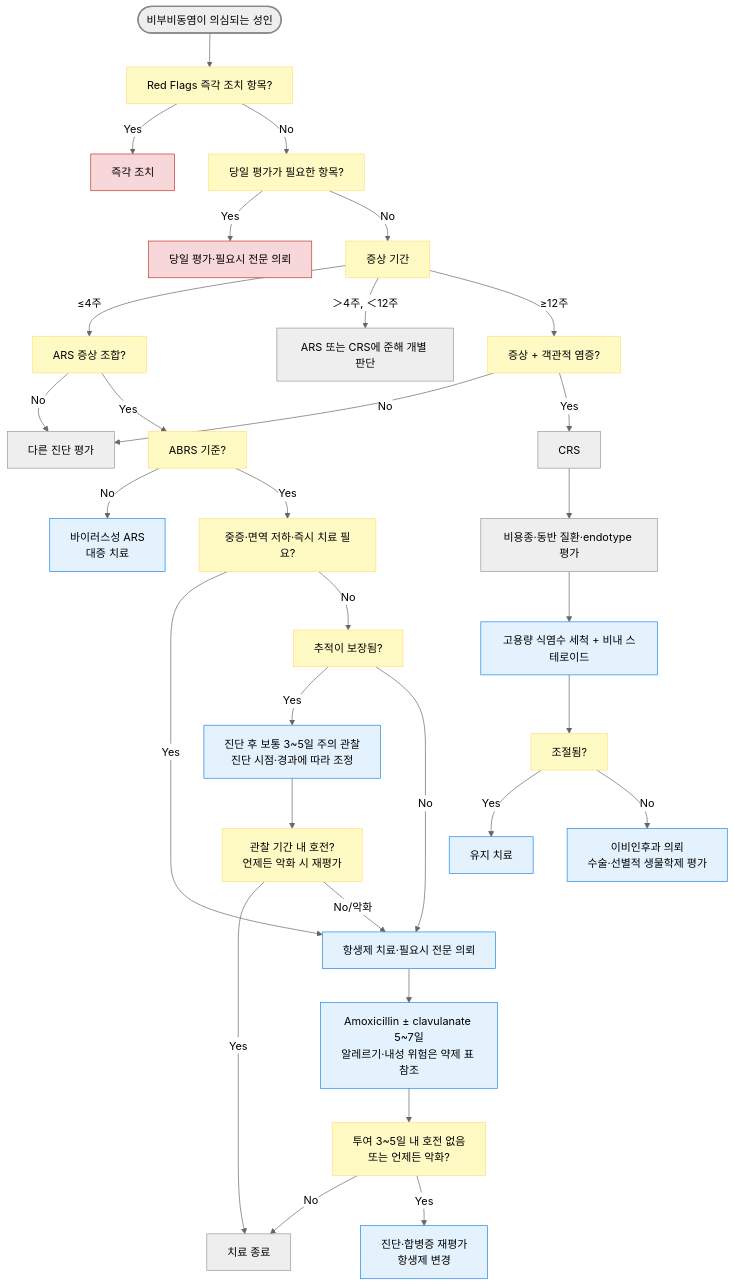
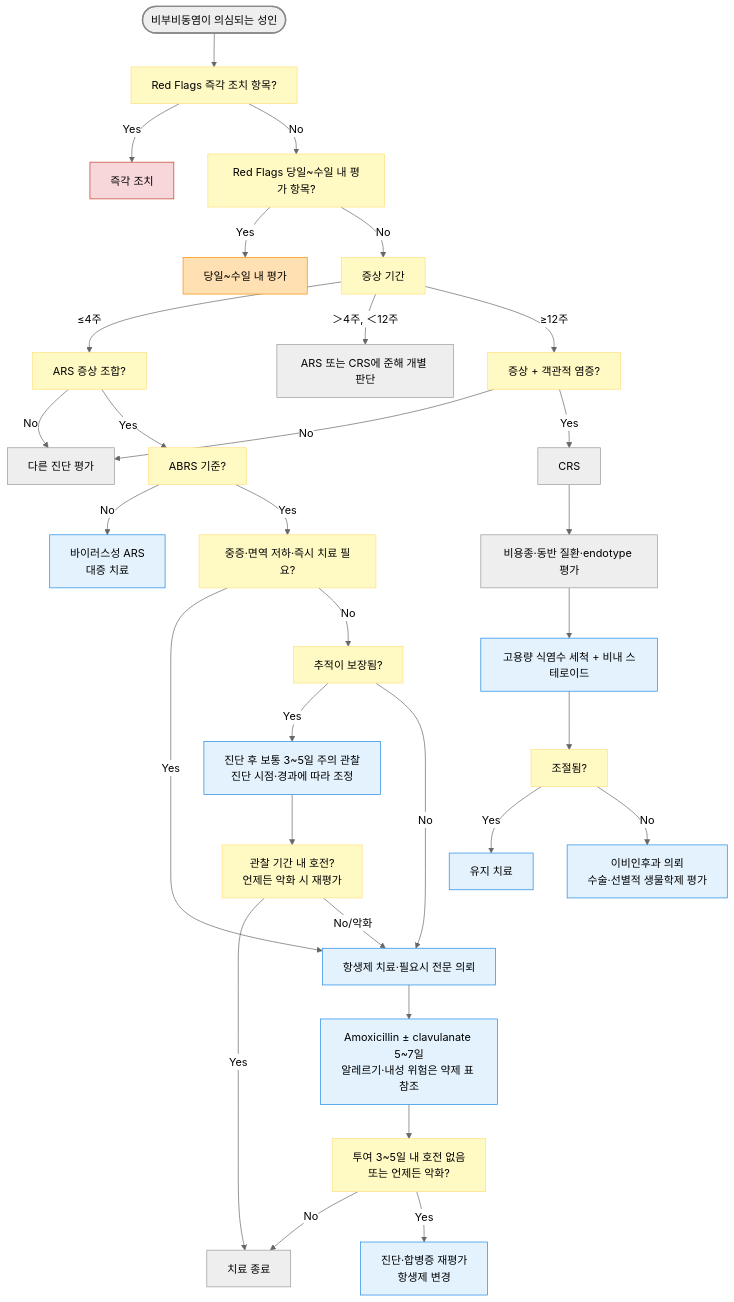
One commit to familyoh77/familyoh77 changed the diagram in 222_/053_-rhinosinusitis-sinusitis.md. Above: the diagram before and after it, drawn with Mermaid (neutral theme). The commit also changed other lines of this file and 2 other files, not shown here.

````diff
--- a/222_/053_-rhinosinusitis-sinusitis.md
+++ b/222_/053_-rhinosinusitis-sinusitis.md
@@ -430,44 +433,46 @@
 ```mermaid
 graph TD
     Start(["비부비동염이 의심되는 성인"]) --> Red["Red Flags 즉각 조치 항목?"]
     Red -- Yes --> ER["즉각 조치"]
-    Red -- No --> Urgent["당일 평가가 필요한 항목?"]
-    Urgent -- Yes --> SameDay["당일 평가·필요시 전문 의뢰"]
+    Red -- No --> Urgent["Red Flags 당일~수일 내 평가 항목?"]
+    Urgent -- Yes --> SameDay["당일~수일 내 평가"]
     Urgent -- No --> Duration["증상 기간"]
 
     Duration -- "≤4주" --> ARS["ARS 증상 조합?"]
     ARS -- No --> Alt["다른 진단 평가"]
     ARS -- Yes --> ABRS["ABRS 기준?"]
     ABRS -- No --> Viral["바이러스성 ARS<br/>대증 치료"]
     ABRS -- Yes --> Risk["중증·면역 저하·즉시 치료 필요?"]
     Risk -- Yes --> Antibiotic["항생제 치료·필요시 전문 의뢰"]
     Risk -- No --> Follow["추적이 보장됨?"]
     Follow -- Yes --> Watch["진단 후 보통 3~5일 주의 관찰<br/>진단 시점·경과에 따라 조정"]
     Follow -- No --> Antibiotic
     Watch --> Improve["관찰 기간 내 호전?<br/>언제든 악화 시 재평가"]
     Improve -- Yes --> End["치료 종료"]
     Improve -- "No/악화" --> Antibiotic
     Antibiotic --> First["Amoxicillin ± clavulanate 5~7일<br/>알레르기·내성 위험은 약제 표 참조"]
     First --> Fail["투여 3~5일 내 호전 없음<br/>또는 언제든 악화?"]
     Fail -- No --> End
     Fail -- Yes --> Reassess["진단·합병증 재평가<br/>항생제 변경"]
 
     Duration -- "＞4주, ＜12주" --> Subacute["ARS 또는 CRS에 준해 개별 판단"]
     Duration -- "≥12주" --> CRScheck["증상 + 객관적 염증?"]
     CRScheck -- No --> Alt
     CRScheck -- Yes --> CRS["CRS"]
     CRS --> Phenotype["비용종·동반 질환·endotype 평가"]
     Phenotype --> Basic["고용량 식염수 세척 + 비내 스테로이드"]
     Basic --> Control["조절됨?"]
     Control -- Yes --> Maintain["유지 치료"]
     Control -- No --> Refer["이비인후과 의뢰<br/>수술·선별적 생물학제 평가"]
 
     classDef start fill:#eeeeee,stroke:#888888,stroke-width:2px
     class Start start
     classDef danger fill:#f8d7da,stroke:#c0392b
-    class ER,SameDay danger
+    class ER danger
+    classDef urgent fill:#ffe0b2,stroke:#fb8c00
+    class SameDay urgent
     classDef decision fill:#fff9c4,stroke:#ffe082
     class Red,Urgent,Duration,ARS,ABRS,Risk,Follow,Improve,Fail,CRScheck,Control decision
     classDef treatment fill:#e3f2fd,stroke:#1e88e5
     class Viral,Watch,Antibiotic,First,Reassess,Basic,Maintain,Refer treatment
 ```
````
